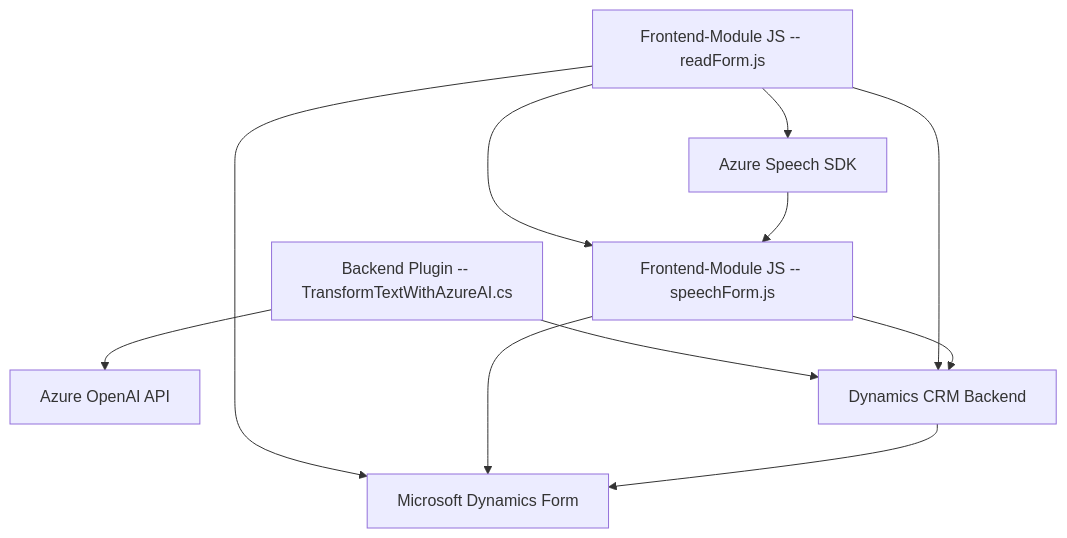
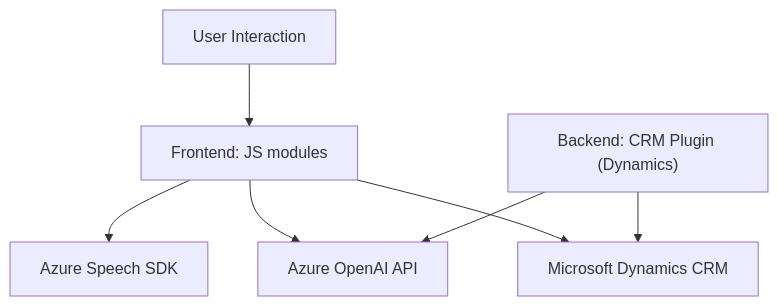
The diagram in README.md (blopezdm/NETCORE_BILBAO2025), drawn with Mermaid before and after one commit. The commit also changed other lines of this file, not shown here.

````diff
--- a/README.md
+++ b/README.md
@@ -73,13 +57,16 @@
 ```mermaid
 graph TD
-    A["Frontend-Module JS -- readForm.js"] --> B["Azure Speech SDK"]
-    A --> D["Microsoft Dynamics Form"]
-    A --> C["Frontend-Module JS -- speechForm.js"]
-    B --> C
-    C --> D
-    E["Backend Plugin -- TransformTextWithAzureAI.cs"] --> G["Azure OpenAI API"]
-    E --> F["Dynamics CRM Backend"]
-    F --> D
-    A --> F
-    C --> F
+    A["Frontend: JS modules"]
+    B["Azure Speech SDK"]
+    C["Azure OpenAI API"]
+    D["Backend: CRM Plugin (Dynamics)"]
+    E["Microsoft Dynamics CRM"]
+    F["User Interaction"]
+
+    F --> A
+    A --> B
+    A --> C
+    A --> E
+    D --> C
+    D --> E
 ```
````
